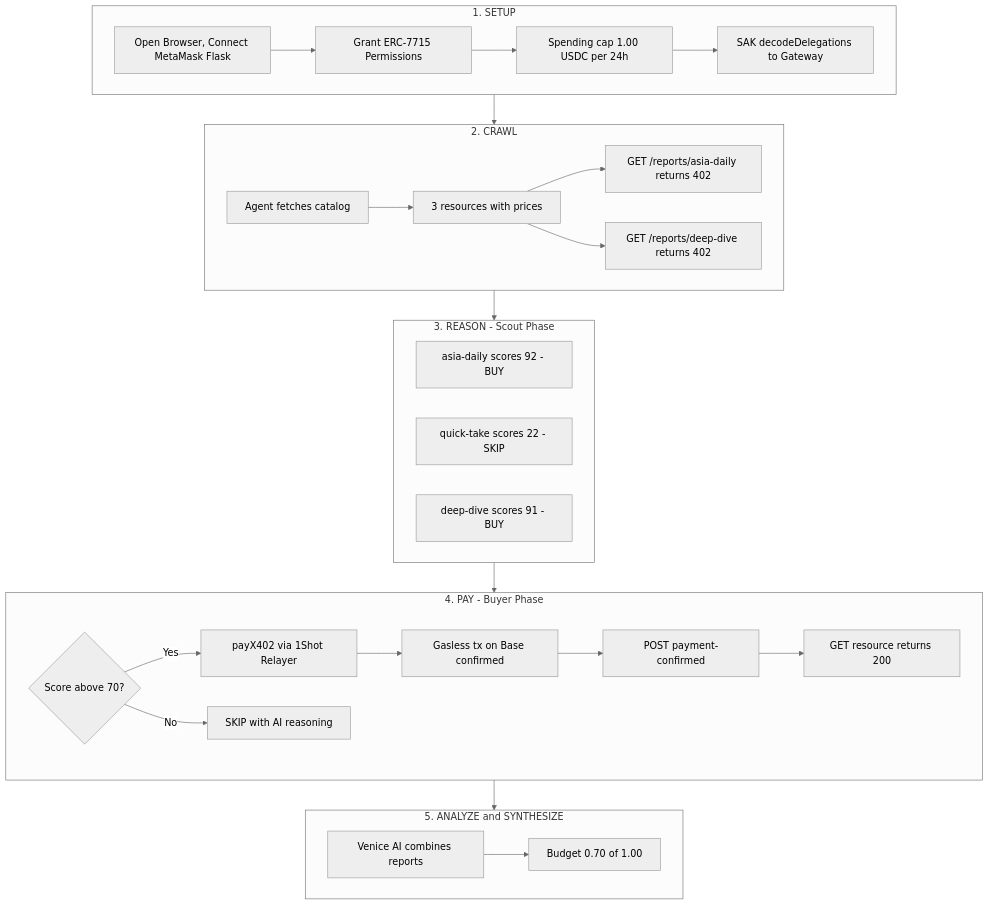
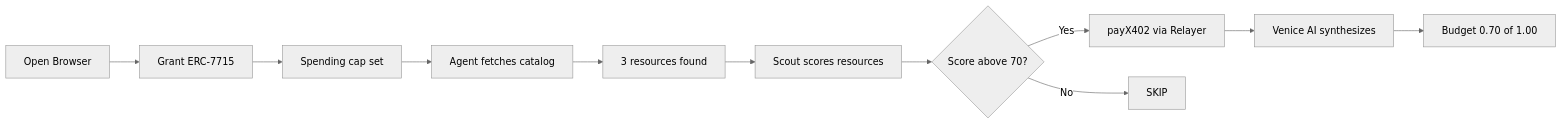
Before and after one commit to dwlpra/AgentToll: the first of 3 diagrams in README.md, drawn with Mermaid (neutral theme). The commit also changed other lines of this file, not shown here.

Commit message:
fix: simplify mermaid diagrams for GitHub rendering

````diff
--- a/README.md
+++ b/README.md
@@ -69,34 +69,13 @@
 ```mermaid
-flowchart TD
-    subgraph Setup["1. SETUP"]
-        A1["Open Browser, Connect MetaMask Flask"] --> A2["Grant ERC-7715 Permissions"]
-        A2 --> A3["Spending cap 1.00 USDC per 24h"]
-        A3 --> A4["SAK decodeDelegations to Gateway"]
-    end
-
-    subgraph Crawl["2. CRAWL"]
-        B1["Agent fetches catalog"] --> B2["3 resources with prices"]
-        B2 --> B3["GET /reports/asia-daily returns 402"]
-        B2 --> B4["GET /reports/deep-dive returns 402"]
-    end
-
-    subgraph Reason["3. REASON - Scout Phase"]
-        C1["asia-daily scores 92 - BUY"]
-        C2["quick-take scores 22 - SKIP"]
-        C3["deep-dive scores 91 - BUY"]
-    end
-
-    subgraph Pay["4. PAY - Buyer Phase"]
-        D1{"Score above 70?"} -->|Yes| D2["payX402 via 1Shot Relayer"]
-        D1 -->|No| D3["SKIP with AI reasoning"]
-        D2 --> D4["Gasless tx on Base confirmed"]
-        D4 --> D5["POST payment-confirmed"]
-        D5 --> D6["GET resource returns 200"]
-    end
-
-    subgraph Synth["5. ANALYZE and SYNTHESIZE"]
-        E1["Venice AI combines reports"] --> E2["Budget 0.70 of 1.00"]
-    end
-
-    Setup --> Crawl --> Reason --> Pay --> Synth
+flowchart LR
+    A1["Open Browser"] --> A2["Grant ERC-7715"]
+    A2 --> A3["Spending cap set"]
+    A3 --> B1["Agent fetches catalog"]
+    B1 --> B2["3 resources found"]
+    B2 --> C1["Scout scores resources"]
+    C1 --> D1{"Score above 70?"}
+    D1 -->|Yes| D2["payX402 via Relayer"]
+    D1 -->|No| D3["SKIP"]
+    D2 --> E1["Venice AI synthesizes"]
+    E1 --> E2["Budget 0.70 of 1.00"]
 ```
````
